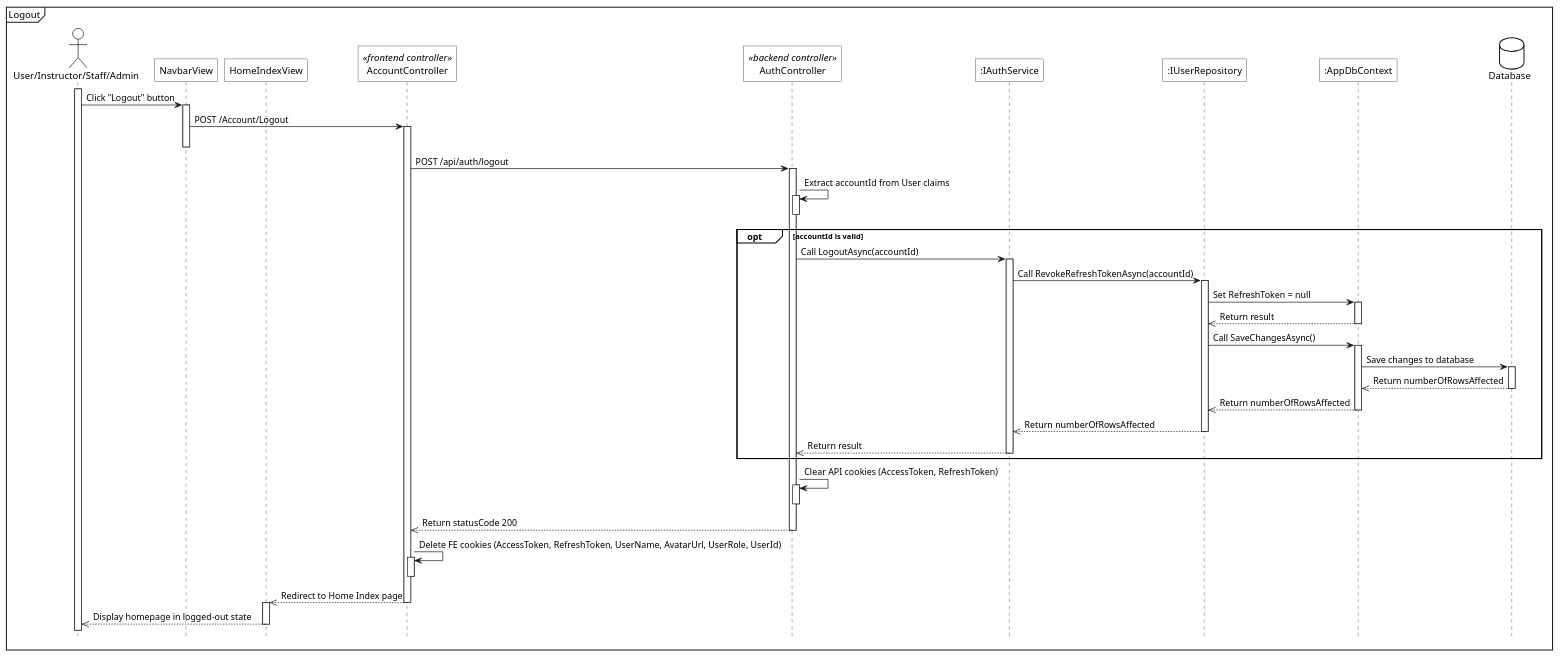
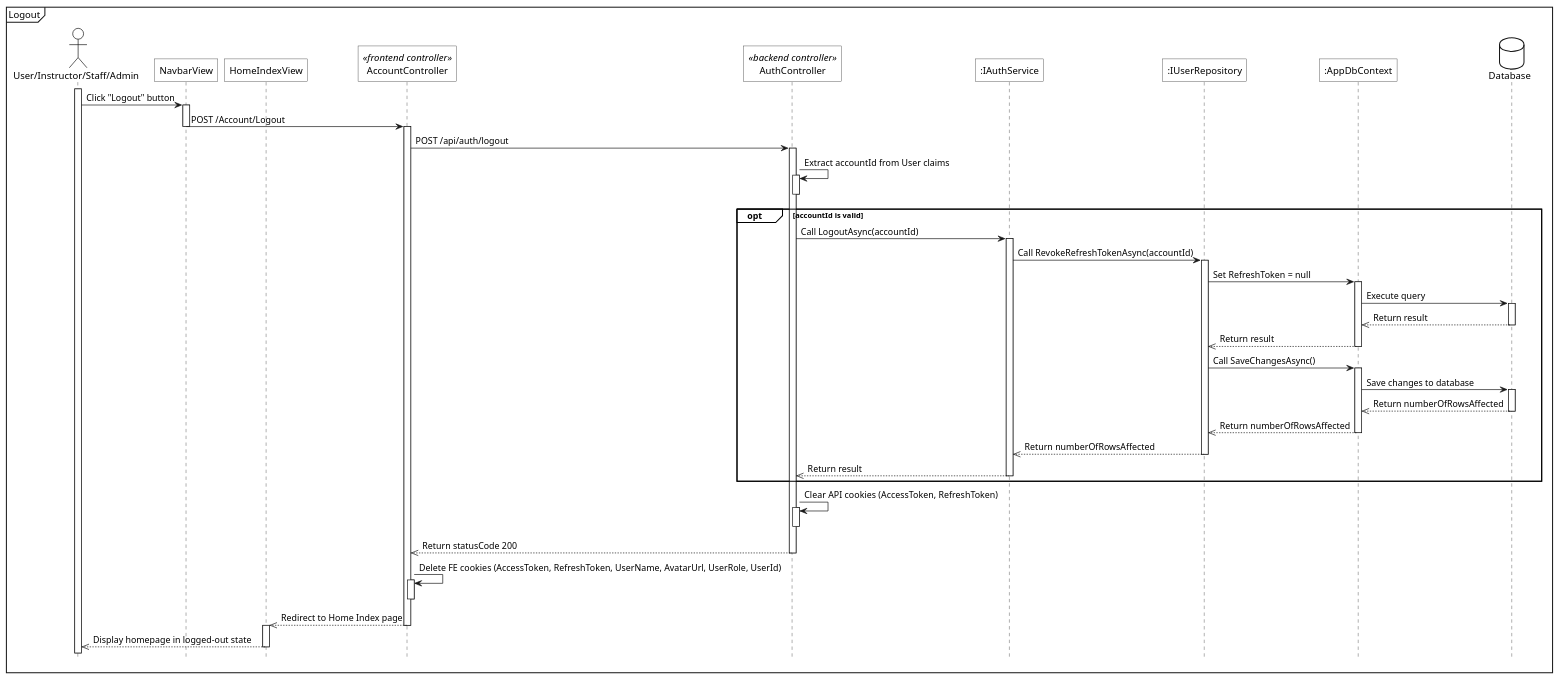
One commit to 1000do/Linked changed the diagram in diagrams/sequence/auth/sq_logout.plantuml. Above: the diagram before and after it, drawn with PlantUML. The commit also changed 15 other files, not shown here.

Commit message:
sequence cua tao

```diff
--- a/diagrams/sequence/auth/sq_logout.plantuml
+++ b/diagrams/sequence/auth/sq_logout.plantuml
@@ -1,77 +1,80 @@
 @startuml 
 <style>
     sequenceDiagram{
         actor{
             BackgroundColor white
             LineThickness 1.0
         }
         participant{
             BackgroundColor white
             RoundCorner 0
         }
         database{
             BackgroundColor white
         }
         groupHeader{
             BackgroundColor white
         }
         referenceHeader{
             BackgroundColor white
         }
         reference{
             BackgroundColor white
         }
     }
 </style>
 
 hide footbox
 
 mainframe Logout
 actor "User/Instructor/Staff/Admin" as act
 
 participant "NavbarView" as view
 participant "HomeIndexView" as home_view
 participant "AccountController" as fe_ctrl <<frontend controller>>
 participant "AuthController" as be_ctrl <<backend controller>>
 participant ":IAuthService" as sv
 participant ":IUserRepository" as u_repo
 participant ":AppDbContext" as ctx
 database Database as db
 
 act++
 act->view++: Click "Logout" button
-view->fe_ctrl++: POST /Account/Logout
+view->fe_ctrl: POST /Account/Logout
 deactivate view
+activate fe_ctrl
 
 fe_ctrl->be_ctrl++: POST /api/auth/logout
 
 be_ctrl->be_ctrl++: Extract accountId from User claims
 be_ctrl--
 
 opt accountId is valid
     be_ctrl->sv++: Call LogoutAsync(accountId)
     sv->u_repo++: Call RevokeRefreshTokenAsync(accountId)
     u_repo->ctx++: Set RefreshToken = null
+    ctx->db++: Execute query
+    db-->>ctx--: Return result
     ctx-->>u_repo--: Return result
     
     u_repo->ctx++: Call SaveChangesAsync()
     ctx->db++: Save changes to database
     db-->>ctx--: Return numberOfRowsAffected
     ctx-->>u_repo--: Return numberOfRowsAffected
     
     u_repo-->>sv--: Return numberOfRowsAffected
     sv-->>be_ctrl--: Return result
 end
 
 be_ctrl->be_ctrl++: Clear API cookies (AccessToken, RefreshToken)
 be_ctrl--
 
 be_ctrl-->>fe_ctrl--: Return statusCode 200
 
 fe_ctrl->fe_ctrl++: Delete FE cookies (AccessToken, RefreshToken, UserName, AvatarUrl, UserRole, UserId)
 fe_ctrl--
 
 fe_ctrl -->> home_view--: Redirect to Home Index page
 activate home_view
 home_view -->> act--: Display homepage in logged-out state
 @enduml
```
